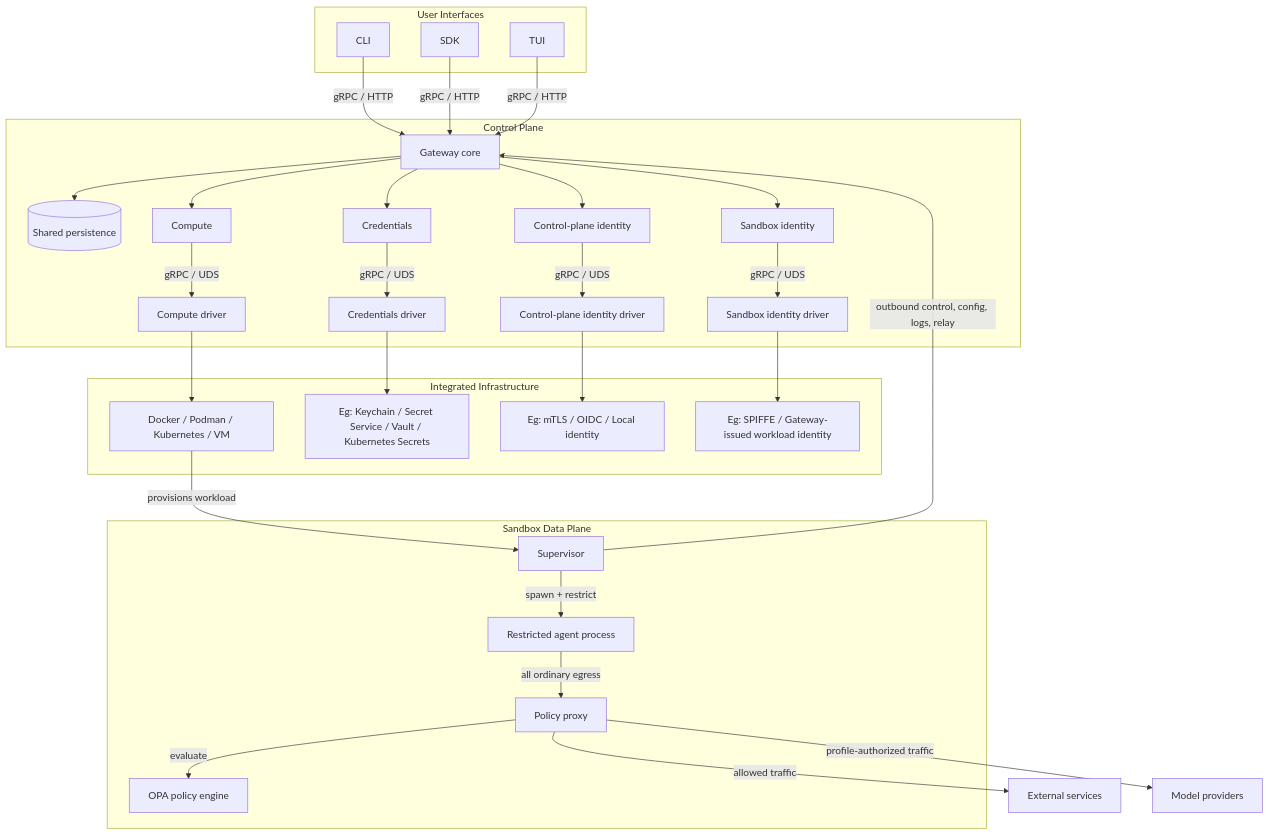
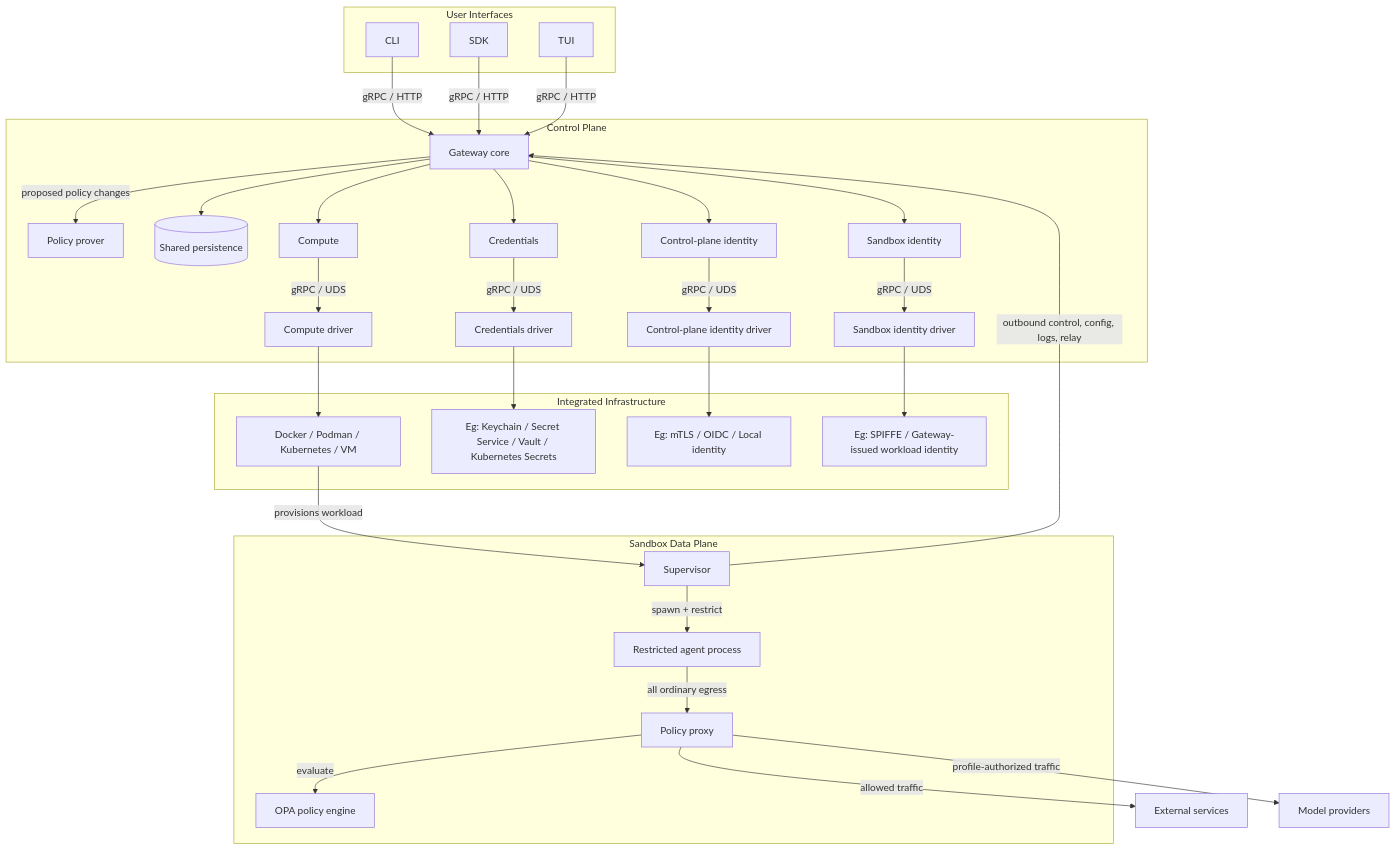
One commit to lightforgedev/OpenShell changed the diagram in architecture/README.md. Above: the diagram before and after it, drawn with Mermaid. The commit also changed other lines of this file and 13 other files, not shown here.

First line of the commit message:
docs: streamline README, add policy prover to architecture docs (#3718)

````diff
--- a/architecture/README.md
+++ b/architecture/README.md
@@ -22,63 +22,65 @@
 ```mermaid
 flowchart TB
     subgraph USER["User Interfaces"]
         CLI["CLI"]
         SDK["SDK"]
         TUI["TUI"]
     end
 
     subgraph CP["Control Plane"]
         GW["Gateway core"]
+        PROVER["Policy prover"]
         DB[("Shared persistence")]
         COMPUTE["Compute"]
         CREDS["Credentials"]
         CPIDENT["Control-plane identity"]
         SIDENT["Sandbox identity"]
         CDRV["Compute driver"]
         CRDRV["Credentials driver"]
         CPIDRV["Control-plane identity driver"]
         SIDRV["Sandbox identity driver"]
     end
 
     subgraph INFRA["Integrated Infrastructure"]
         RUNTIME["Docker / Podman / Kubernetes / VM"]
         SECRETSTORE["Eg: Keychain / Secret Service / Vault / Kubernetes Secrets"]
         IDP["Eg: mTLS / OIDC / Local identity"]
         WORKLOADID["Eg: SPIFFE / Gateway-issued workload identity"]
     end
 
     subgraph DP["Sandbox Data Plane"]
         SUP["Supervisor"]
         PROXY["Policy proxy"]
         POLICY["OPA policy engine"]
         AGENT["Restricted agent process"]
     end
 
     CLI -->|"gRPC / HTTP"| GW
     SDK -->|"gRPC / HTTP"| GW
     TUI -->|"gRPC / HTTP"| GW
 
     GW --> DB
+    GW -->|"proposed policy changes"| PROVER
     GW --> COMPUTE
     GW --> CREDS
     GW --> CPIDENT
     GW --> SIDENT
 
     COMPUTE -->|"gRPC / UDS"| CDRV
     CREDS -->|"gRPC / UDS"| CRDRV
     CPIDENT -->|"gRPC / UDS"| CPIDRV
     SIDENT -->|"gRPC / UDS"| SIDRV
 
     CDRV --> RUNTIME
     CRDRV --> SECRETSTORE
     CPIDRV --> IDP
     SIDRV --> WORKLOADID
     RUNTIME -->|"provisions workload"| SUP
 
     SUP -->|"outbound control, config, logs, relay"| GW
     SUP -->|"spawn + restrict"| AGENT
     AGENT -->|"all ordinary egress"| PROXY
     PROXY -->|"evaluate"| POLICY
     PROXY -->|"allowed traffic"| EXT["External services"]
     PROXY -->|"profile-authorized traffic"| MODEL["Model providers"]
 ```
````
